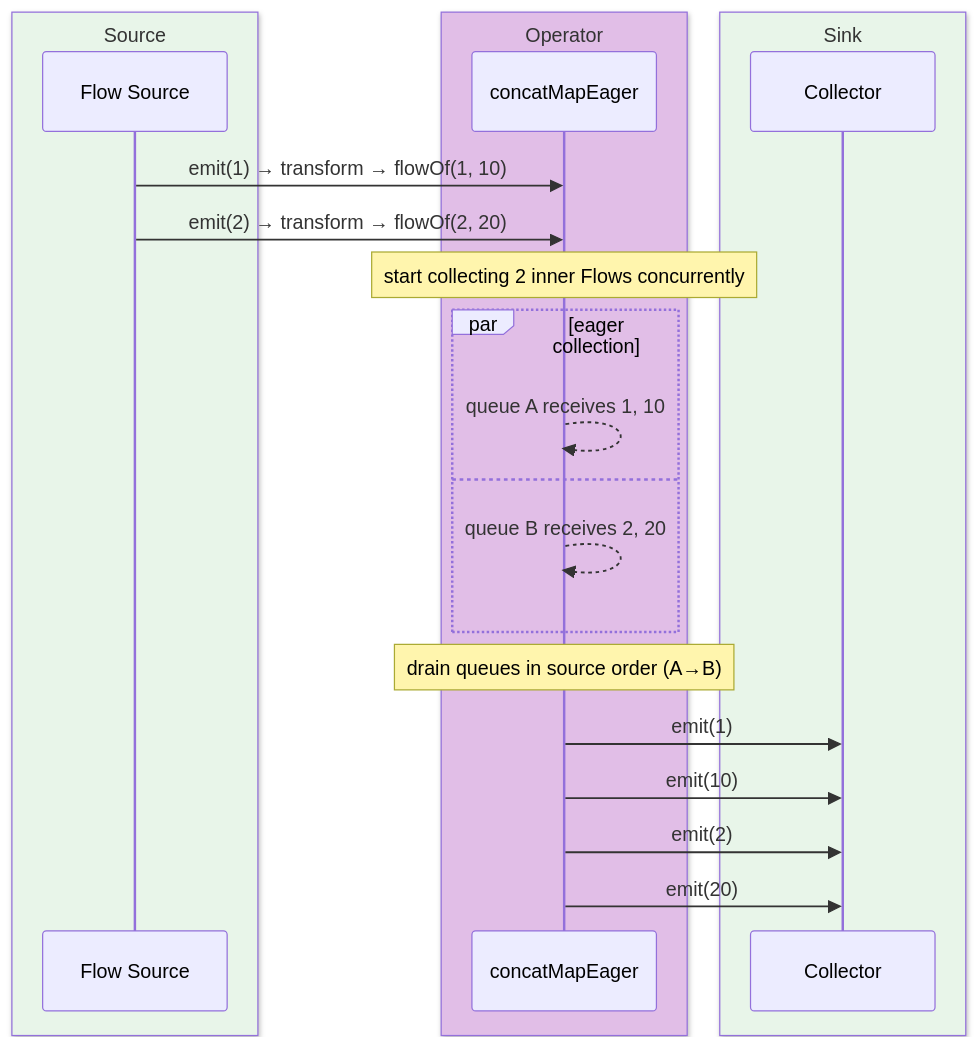
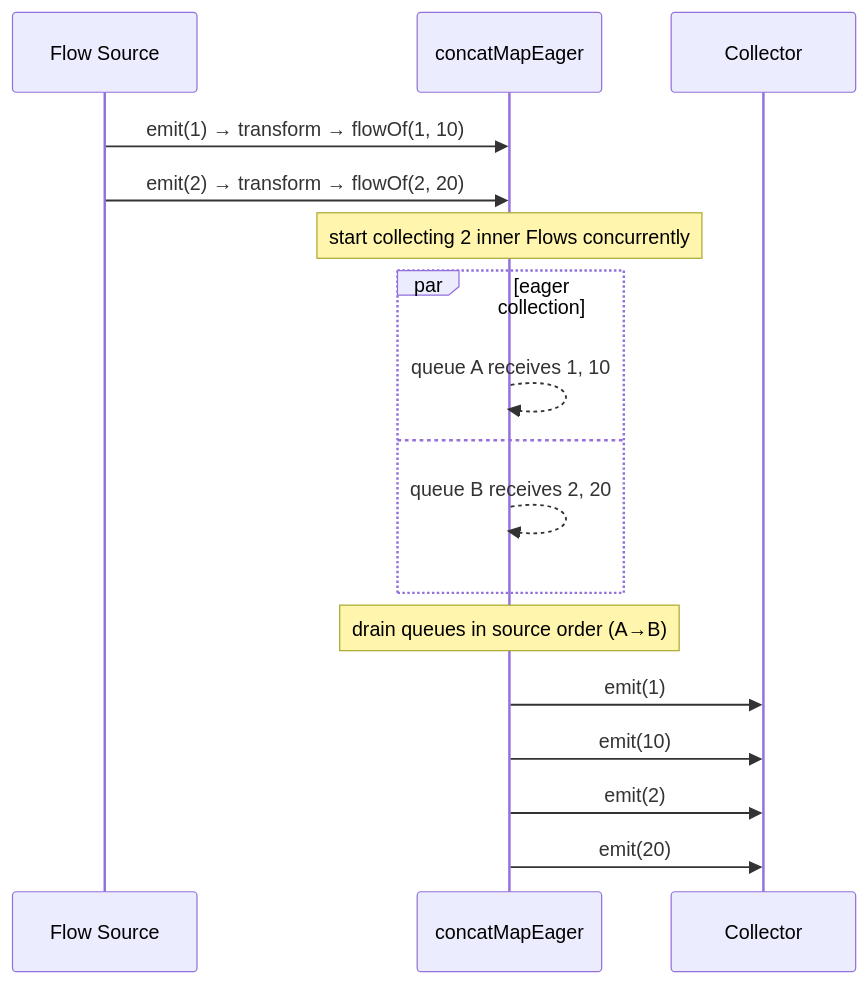
Before and after one commit to bluetape4k/bluetape4k-projects: the ninth of 16 diagrams in bluetape4k/coroutines/README.md, drawn with Mermaid. The commit also changed other lines of this file and 219 other files, not shown here.

First line of the commit message:
docs: 전체 README Mermaid 다이어그램 가이드 적용

````diff
--- a/bluetape4k/coroutines/README.md
+++ b/bluetape4k/coroutines/README.md
@@ -507,25 +479,19 @@
 ```mermaid
 sequenceDiagram
-    box rgb(232, 245, 233) Source
         participant S as Flow Source
-    end
-    box rgb(225, 190, 231) Operator
         participant CM as concatMapEager
-    end
-    box rgb(232, 245, 233) Sink
         participant R as Collector
-    end
     S ->> CM: emit(1) → transform → flowOf(1, 10)
     S ->> CM: emit(2) → transform → flowOf(2, 20)
     Note over CM: start collecting 2 inner Flows concurrently
     par eager collection
         CM -->> CM: queue A receives 1, 10
     and
         CM -->> CM: queue B receives 2, 20
     end
     Note over CM: drain queues in source order (A→B)
     CM ->> R: emit(1)
     CM ->> R: emit(10)
     CM ->> R: emit(2)
     CM ->> R: emit(20)
 ```
````
